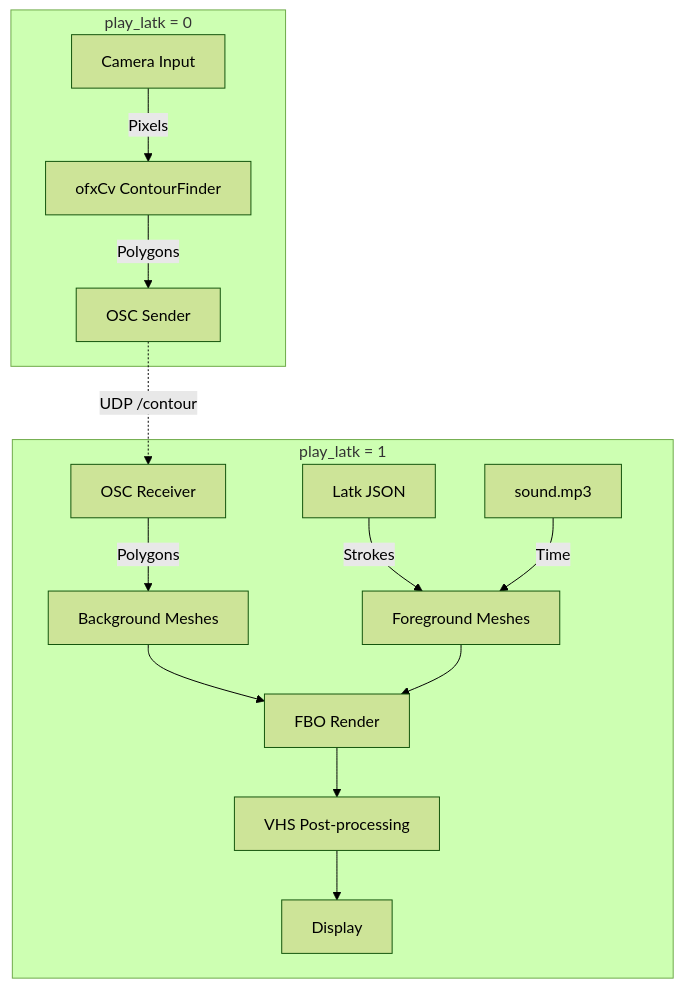
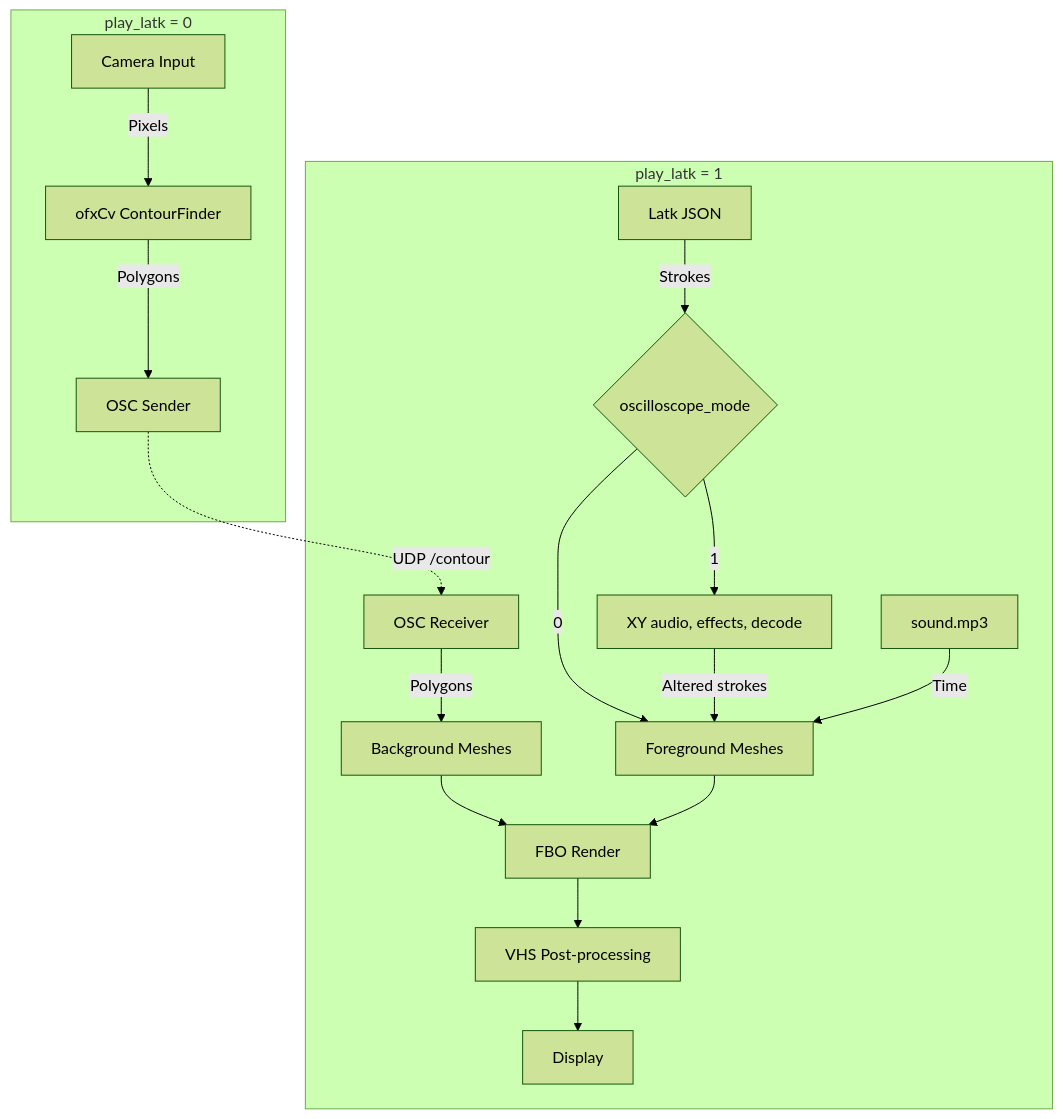
Before and after one commit to n1ckfg/PiLatkPlayer: the diagram in ARCHITECTURE.md, drawn with Mermaid (forest theme). The commit also changed other lines of this file and 3 other files, not shown here.

````diff
--- a/ARCHITECTURE.md
+++ b/ARCHITECTURE.md
@@ -54,19 +56,22 @@
 ```mermaid
 flowchart TD
     subgraph Camera Node [play_latk = 0]
         Cam[Camera Input] -->|Pixels| CV[ofxCv ContourFinder]
         CV -->|Polygons| OSCS[OSC Sender]
     end
 
     subgraph Player Node [play_latk = 1]
         OSCR[OSC Receiver] -->|Polygons| BG[Background Meshes]
-        JSON[Latk JSON] -->|Strokes| FG[Foreground Meshes]
+        JSON[Latk JSON] -->|Strokes| OSCI{oscilloscope_mode}
+        OSCI -->|0| FG[Foreground Meshes]
+        OSCI -->|1| XY["XY audio, effects, decode"]
+        XY -->|Altered strokes| FG
         Audio[sound.mp3] -->|Time| FG
         BG --> Render[FBO Render]
         FG --> Render
         Render --> Shader[VHS Post-processing]
         Shader --> Display
     end
 
     OSCS -.->|UDP /contour| OSCR
 ```
````
